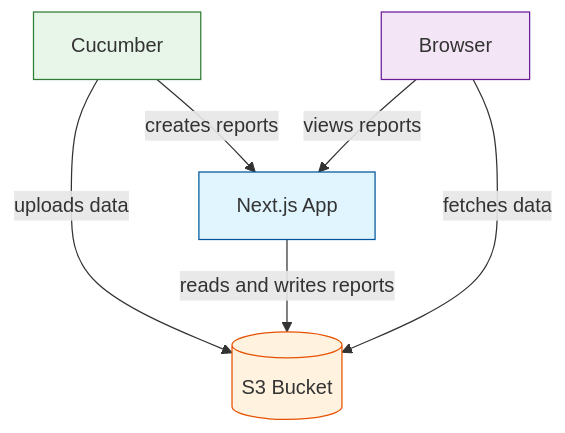
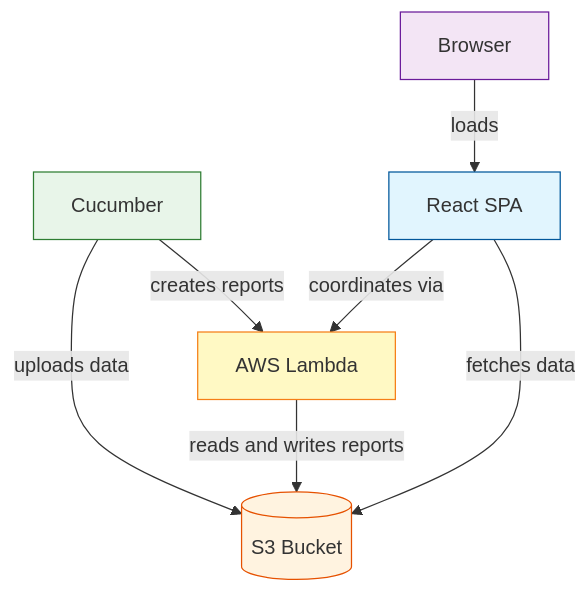
The first of 3 diagrams in ARCHITECTURE.md (ibanFR/cucumber-reports), drawn with Mermaid before and after one commit. The commit also changed other lines of this file and 84 other files, not shown here.

Commit message:
Replace Next.js app with Vite SPA (#26)

````diff
--- a/ARCHITECTURE.md
+++ b/ARCHITECTURE.md
@@ -21,18 +22,21 @@
 ```mermaid
 graph TD
     Browser[Browser]:::browser
     Cucumber[Cucumber]:::cucumber
-    App[Next.js App]:::app
+    SPA[React SPA]:::spa
+    Lambda[AWS Lambda]:::lambda
     S3[(S3 Bucket)]:::s3
 
     Cucumber -->|uploads data| S3
-    Cucumber -->|creates reports| App
-    App -->|reads and writes reports| S3
-    Browser -->|views reports| App
-    Browser -->|fetches data| S3
+    Cucumber -->|creates reports| Lambda
+    Lambda -->|reads and writes reports| S3
+    Browser -->|loads| SPA
+    SPA -->|coordinates via| Lambda
+    SPA -->|fetches data| S3
 
     classDef browser fill:#f3e5f5,stroke:#6a1b9a
     classDef cucumber fill:#e8f5e9,stroke:#2e7d32
-    classDef app fill:#e1f5fe,stroke:#01579b
+    classDef spa fill:#e1f5fe,stroke:#01579b
+    classDef lambda fill:#fff9c4,stroke:#f57f17
     classDef s3 fill:#fff3e0,stroke:#e65100
 ```
````
